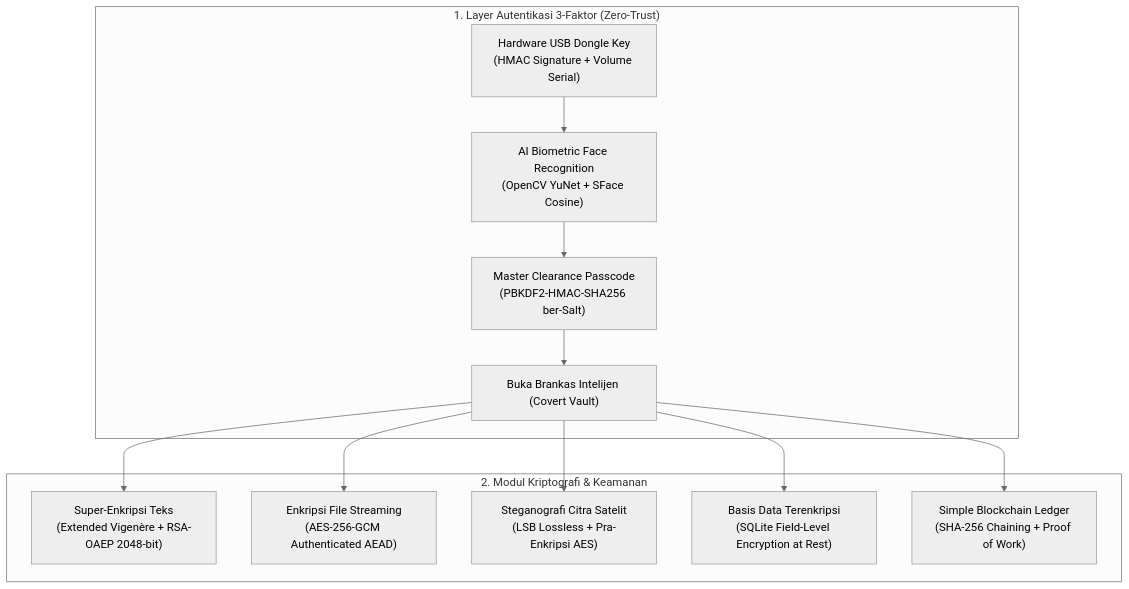
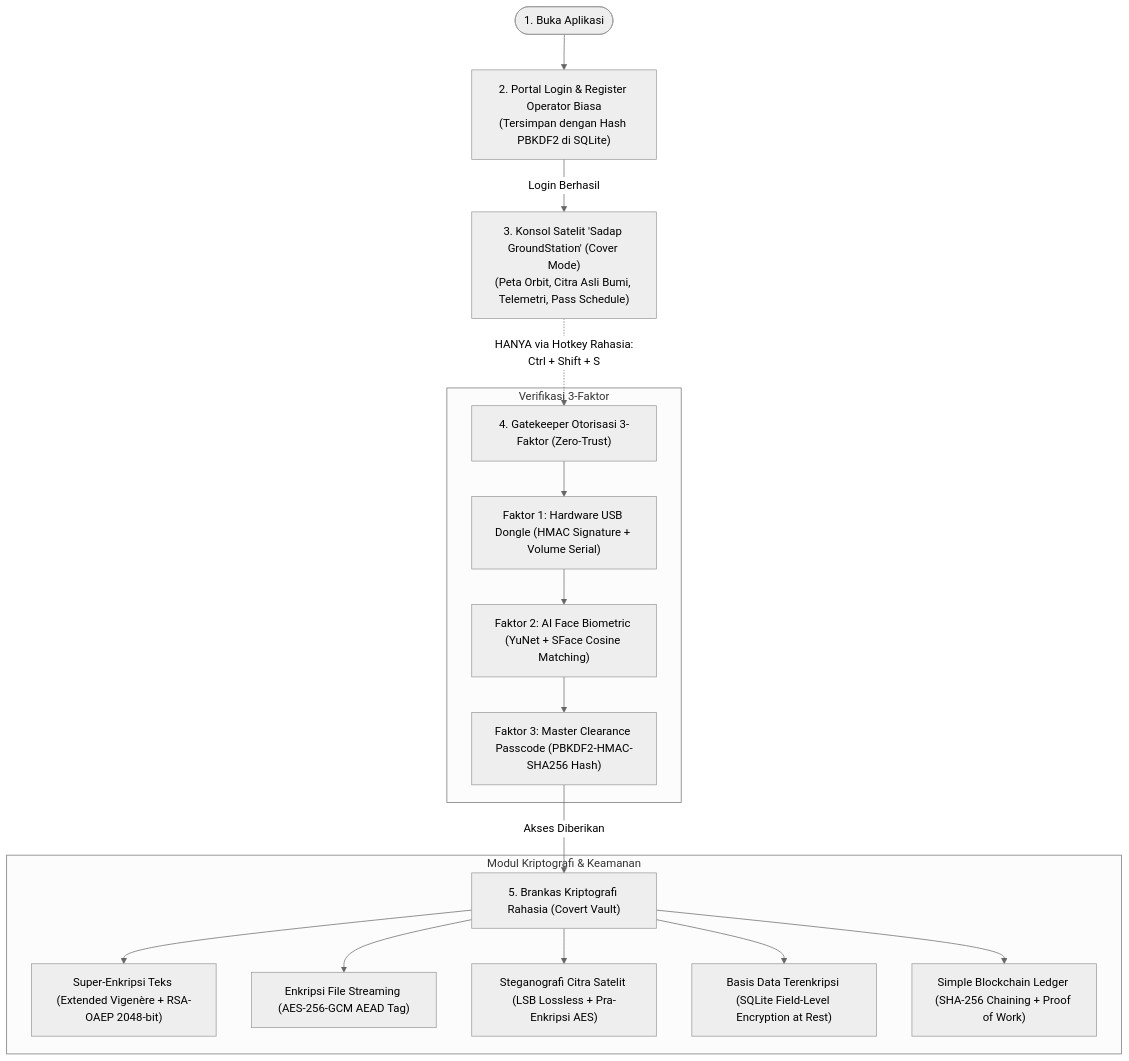
One commit to ReinnentRZ/Sadap_Crypto_App changed the diagram in README.md. Above: the diagram before and after it, drawn with Mermaid (neutral theme). The commit also changed other lines of this file and 35 other files, not shown here.

````diff
--- a/README.md
+++ b/README.md
@@ -11,16 +13,23 @@
 ```mermaid
 flowchart TD
-    subgraph Gatekeeper ["1. Layer Autentikasi 3-Faktor (Zero-Trust)"]
-        USB["Hardware USB Dongle Key\n(HMAC Signature + Volume Serial)"] --> Face["AI Biometric Face Recognition\n(OpenCV YuNet + SFace Cosine)"]
-        Face --> Hash["Master Clearance Passcode\n(PBKDF2-HMAC-SHA256 ber-Salt)"]
-        Hash --> Covert["Buka Brankas Intelijen (Covert Vault)"]
+    Start([1. Buka Aplikasi]) --> Portal["2. Portal Login & Register Operator Biasa\n(Tersimpan dengan Hash PBKDF2 di SQLite)"]
+    Portal -->|Login Berhasil| Cover["3. Konsol Satelit 'Sadap GroundStation' (Cover Mode)\n(Peta Orbit, Citra Asli Bumi, Telemetri, Pass Schedule)"]
+    
+    Cover -.->|HANYA via Hotkey Rahasia:\nCtrl + Shift + S| Gatekeeper["4. Gatekeeper Otorisasi 3-Faktor (Zero-Trust)"]
+    
+    subgraph ZeroTrustGate ["Verifikasi 3-Faktor"]
+        Gatekeeper --> F1["Faktor 1: Hardware USB Dongle (HMAC Signature + Volume Serial)"]
+        F1 --> F2["Faktor 2: AI Face Biometric (YuNet + SFace Cosine Matching)"]
+        F2 --> F3["Faktor 3: Master Clearance Passcode (PBKDF2-HMAC-SHA256 Hash)"]
     end
-
-    subgraph VaultModules ["2. Modul Kriptografi & Keamanan"]
-        Covert --> M1["Super-Enkripsi Teks\n(Extended Vigenère + RSA-OAEP 2048-bit)"]
-        Covert --> M2["Enkripsi File Streaming\n(AES-256-GCM Authenticated AEAD)"]
-        Covert --> M3["Steganografi Citra Satelit\n(LSB Lossless + Pra-Enkripsi AES)"]
-        Covert --> M4["Basis Data Terenkripsi\n(SQLite Field-Level Encryption at Rest)"]
-        Covert --> M5["Simple Blockchain Ledger\n(SHA-256 Chaining + Proof of Work)"]
+    
+    F3 -->|Akses Diberikan| SecretVault["5. Brankas Kriptografi Rahasia (Covert Vault)"]
+    
+    subgraph CryptoSuite ["Modul Kriptografi & Keamanan"]
+        SecretVault --> M1["Super-Enkripsi Teks (Extended Vigenère + RSA-OAEP 2048-bit)"]
+        SecretVault --> M2["Enkripsi File Streaming (AES-256-GCM AEAD Tag)"]
+        SecretVault --> M3["Steganografi Citra Satelit (LSB Lossless + Pra-Enkripsi AES)"]
+        SecretVault --> M4["Basis Data Terenkripsi (SQLite Field-Level Encryption at Rest)"]
+        SecretVault --> M5["Simple Blockchain Ledger (SHA-256 Chaining + Proof of Work)"]
     end
 ```
````
